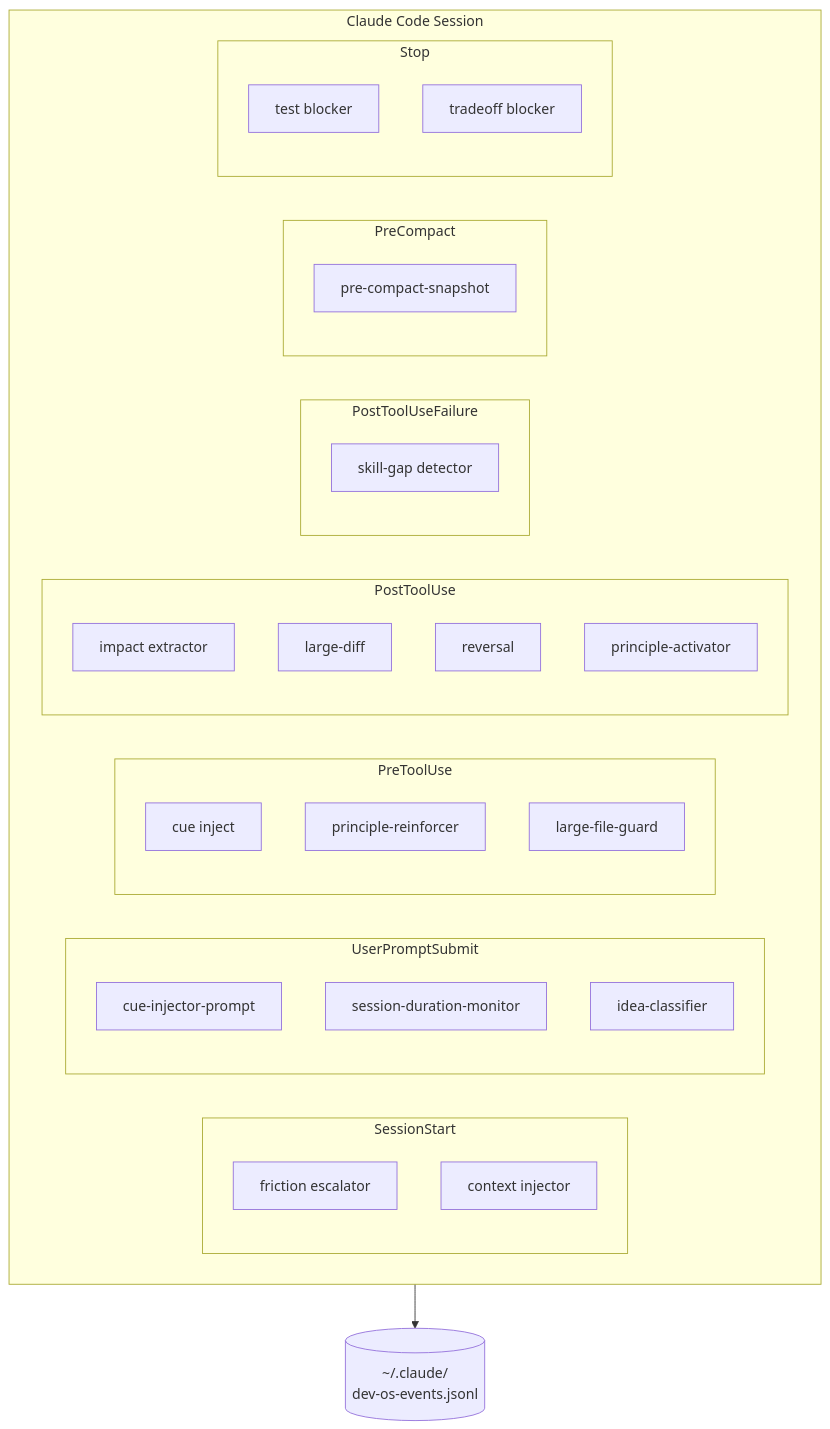
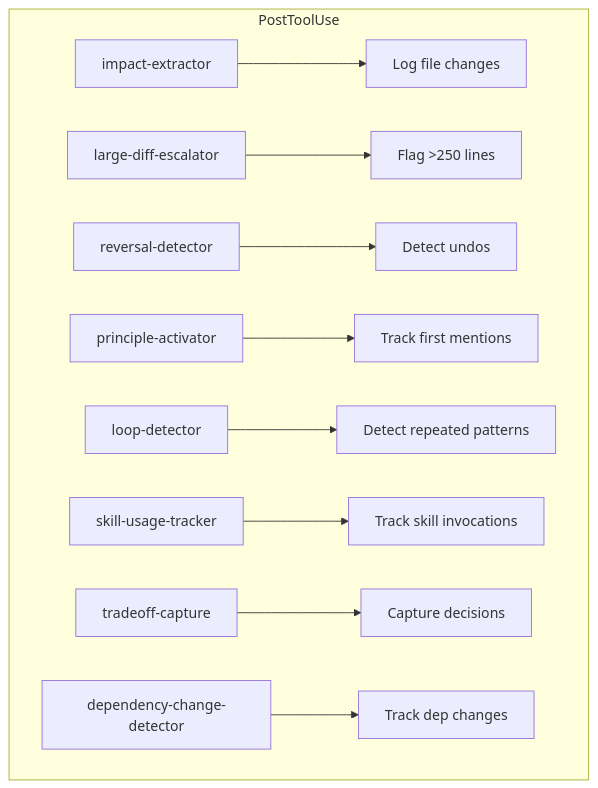
One commit to meaganewaller/weekly-reviews changed the fifth of 25 diagrams in data-capture.md. Above: the diagram before and after it, drawn with Mermaid. The commit also changed other lines of this file and 2 other files, not shown here.

First line of the commit message:
feat: Update data capture and friction taxonomy documentation

```diff
--- a/data-capture.md
+++ b/data-capture.md
@@ -15,36 +77,13 @@
 {% mermaid %}
-flowchart TB
-    subgraph session["Claude Code Session"]
-        subgraph start["SessionStart"]
-            P6[friction escalator]
-            P7[context injector]
-        end
-        subgraph prompt["UserPromptSubmit"]
-            P10[cue-injector-prompt]
-            P11[session-duration-monitor]
-            P12[idea-classifier]
-        end
-        subgraph pre["PreToolUse"]
-            P1[cue inject]
-            P13[principle-reinforcer]
-            P14[large-file-guard]
-        end
-        subgraph post["PostToolUse"]
-            P2[impact extractor]
-            P3[large-diff]
-            P4[reversal]
-            P15[principle-activator]
-        end
-        subgraph fail["PostToolUseFailure"]
-            P5[skill-gap detector]
-        end
-        subgraph compact["PreCompact"]
-            P16[pre-compact-snapshot]
-        end
-        subgraph stop["Stop"]
-            P8[test blocker]
-            P9[tradeoff blocker]
-        end
+flowchart TD
+    subgraph PostToolUse
+        D1[impact-extractor] --> D2[Log file changes]
+        D3[large-diff-escalator] --> D4[Flag >250 lines]
+        D5[reversal-detector] --> D6[Detect undos]
+        D7[principle-activator] --> D8[Track first mentions]
+        D9[loop-detector] --> D10[Detect repeated patterns]
+        D11[skill-usage-tracker] --> D12[Track skill invocations]
+        D13[tradeoff-capture] --> D14[Capture decisions]
+        D15[dependency-change-detector] --> D16[Track dep changes]
     end
-    session --> DB[(~/.claude/<br/>dev-os-events.jsonl)]
 {% endmermaid %}
```
